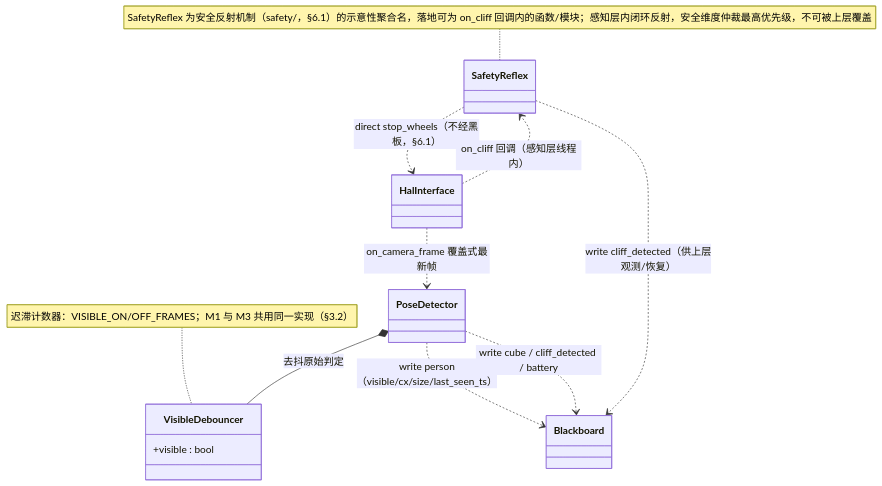
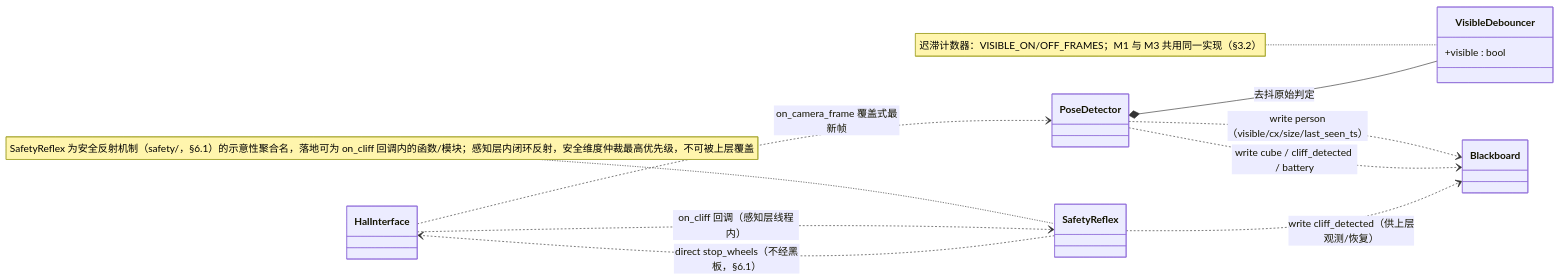
Before and after one commit to keeploading/super-baby: the second of 7 diagrams in docs/requirements/follow-me/follow-me-fds.md, drawn with Mermaid. The commit also changed other lines of this file, not shown here.

First line of the commit message:
docs: FDS v4.5 — §1.4 类图布局按《类图绘制规约》对齐

````diff
--- a/docs/requirements/follow-me/follow-me-fds.md
+++ b/docs/requirements/follow-me/follow-me-fds.md
@@ -140,20 +144,21 @@
 ```mermaid
 classDiagram
+    direction LR
+    class HalInterface
     class PoseDetector
     class VisibleDebouncer {
         +visible : bool
     }
     class SafetyReflex
     class Blackboard
-    class HalInterface
 
+    HalInterface ..> PoseDetector : on_camera_frame 覆盖式最新帧
+    HalInterface ..> SafetyReflex : on_cliff 回调（感知层线程内）
     PoseDetector *-- VisibleDebouncer : 去抖原始判定
     PoseDetector ..> Blackboard : write person（visible/cx/size/last_seen_ts）
     PoseDetector ..> Blackboard : write cube / cliff_detected / battery
+    SafetyReflex ..> Blackboard : write cliff_detected（供上层观测/恢复）
     SafetyReflex ..> HalInterface : direct stop_wheels（不经黑板，§6.1）
-    SafetyReflex ..> Blackboard : write cliff_detected（供上层观测/恢复）
-    HalInterface ..> PoseDetector : on_camera_frame 覆盖式最新帧
-    HalInterface ..> SafetyReflex : on_cliff 回调（感知层线程内）
     note for SafetyReflex "SafetyReflex 为安全反射机制（safety/，§6.1）的示意性聚合名，落地可为 on_cliff 回调内的函数/模块；感知层内闭环反射，安全维度仲裁最高优先级，不可被上层覆盖"
     note for VisibleDebouncer "迟滞计数器：VISIBLE_ON/OFF_FRAMES；M1 与 M3 共用同一实现（§3.2）"
 ```
````
